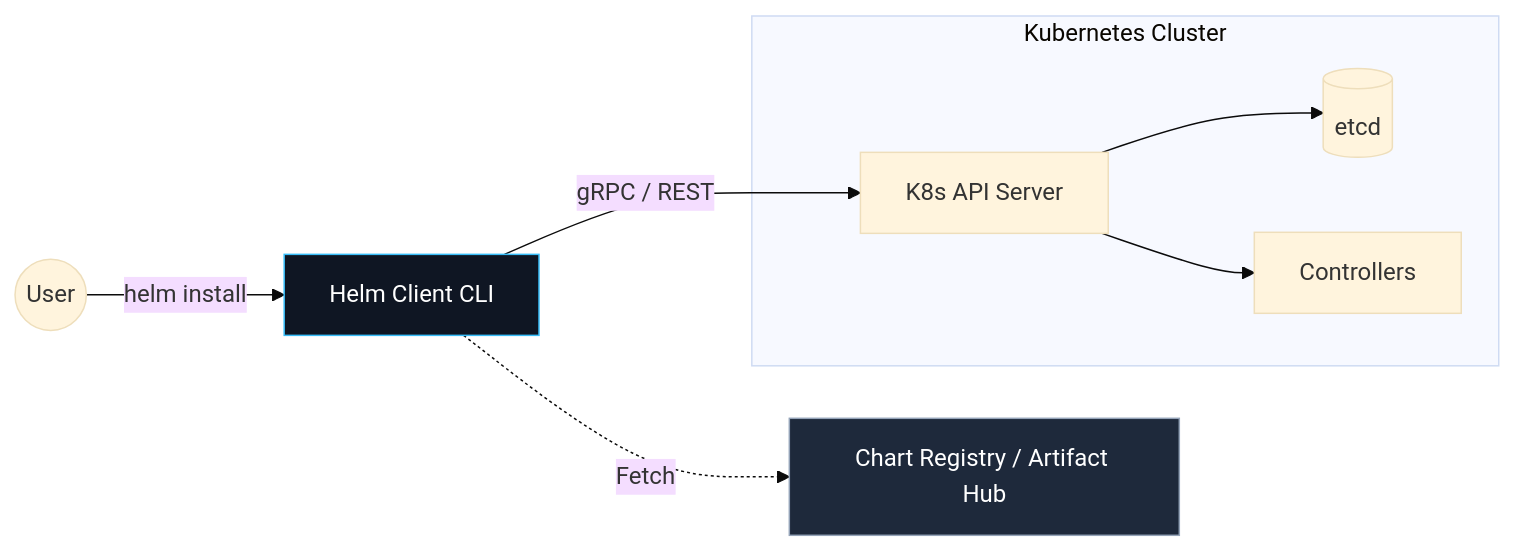
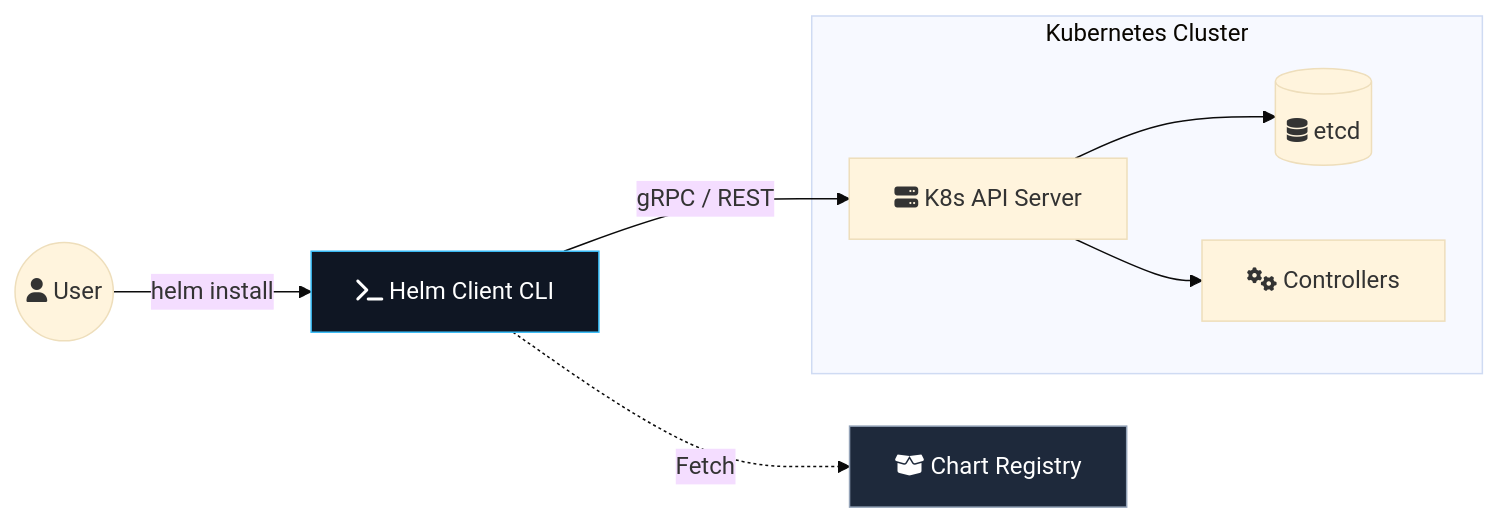
Before and after one commit to digitaldave0/dev-blog: the diagram in src/content/blog/2026-05-13-helm-mastery-part-1-foundations.md, drawn with Mermaid (base theme). The commit also changed 4 other files, not shown here.

Commit message:
feat: add FontAwesome support and update Mermaid diagrams with icons

````diff
--- a/src/content/blog/2026-05-13-helm-mastery-part-1-foundations.md
+++ b/src/content/blog/2026-05-13-helm-mastery-part-1-foundations.md
@@ -37,13 +37,13 @@
 ```mermaid
 graph LR
-    User((User)) -->|helm install| Client[Helm Client CLI]
-    Client -->|gRPC / REST| API[K8s API Server]
+    User((fa:fa-user User)) -->|helm install| Client[fa:fa-terminal Helm Client CLI]
+    Client -->|gRPC / REST| API[fa:fa-server K8s API Server]
     subgraph "Kubernetes Cluster"
-        API --> DB[(etcd)]
-        API --> Controller[Controllers]
+        API --> DB[(fa:fa-database etcd)]
+        API --> Controller[fa:fa-cogs Controllers]
     end
-    Client -.->|Fetch| Registry[Chart Registry / Artifact Hub]
+    Client -.->|Fetch| Registry[fa:fa-box-open Chart Registry]
 
     style Client fill:#0f1623,color:#fff,stroke:#38bdf8
     style Registry fill:#1e293b,color:#fff,stroke:#94a3b8
 ```
````
